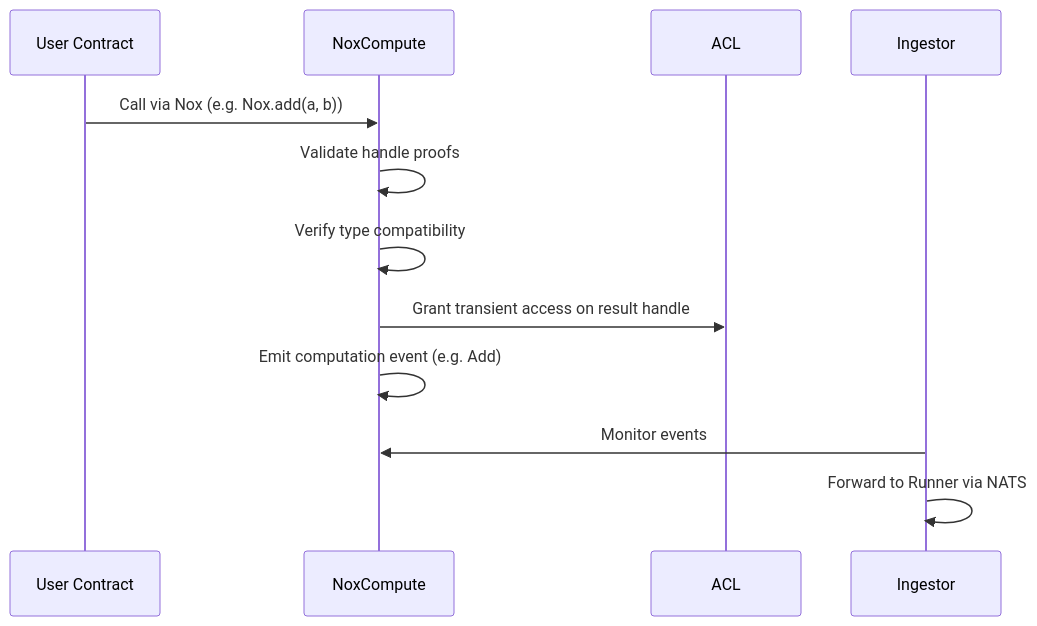
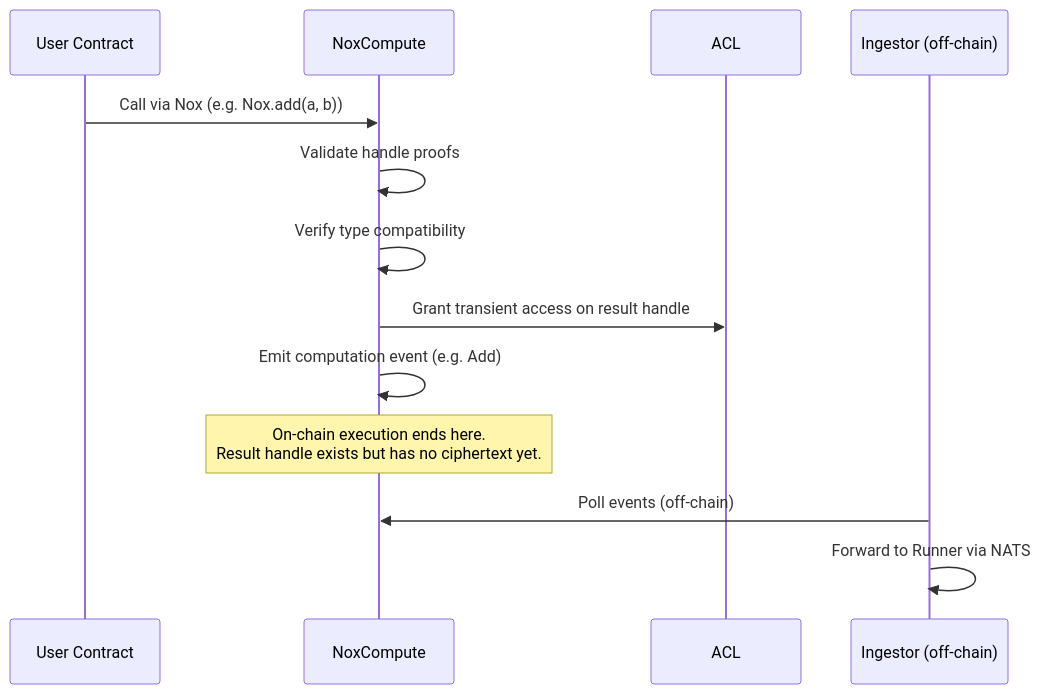
Before and after one commit to iExec-Nox/documentation: the diagram in src/protocol/nox-smart-contracts.md, drawn with Mermaid. The commit also changed other lines of this file and 2 other files, not shown here.

````diff
--- a/src/protocol/nox-smart-contracts.md
+++ b/src/protocol/nox-smart-contracts.md
@@ -26,15 +26,16 @@
 ```mermaid
 sequenceDiagram
     participant U as User Contract
     participant TEE as NoxCompute
     participant ACL as ACL
-    participant I as Ingestor
+    participant I as Ingestor (off-chain)
 
     U->>TEE: Call via Nox (e.g. Nox.add(a, b))
     TEE->>TEE: Validate handle proofs
     TEE->>TEE: Verify type compatibility
     TEE->>ACL: Grant transient access on result handle
     TEE->>TEE: Emit computation event (e.g. Add)
-    I->>TEE: Monitor events
+    Note over TEE: On-chain execution ends here.<br/>Result handle exists but has no ciphertext yet.
+    I->>TEE: Poll events (off-chain)
     I->>I: Forward to Runner via NATS
 ```
````
